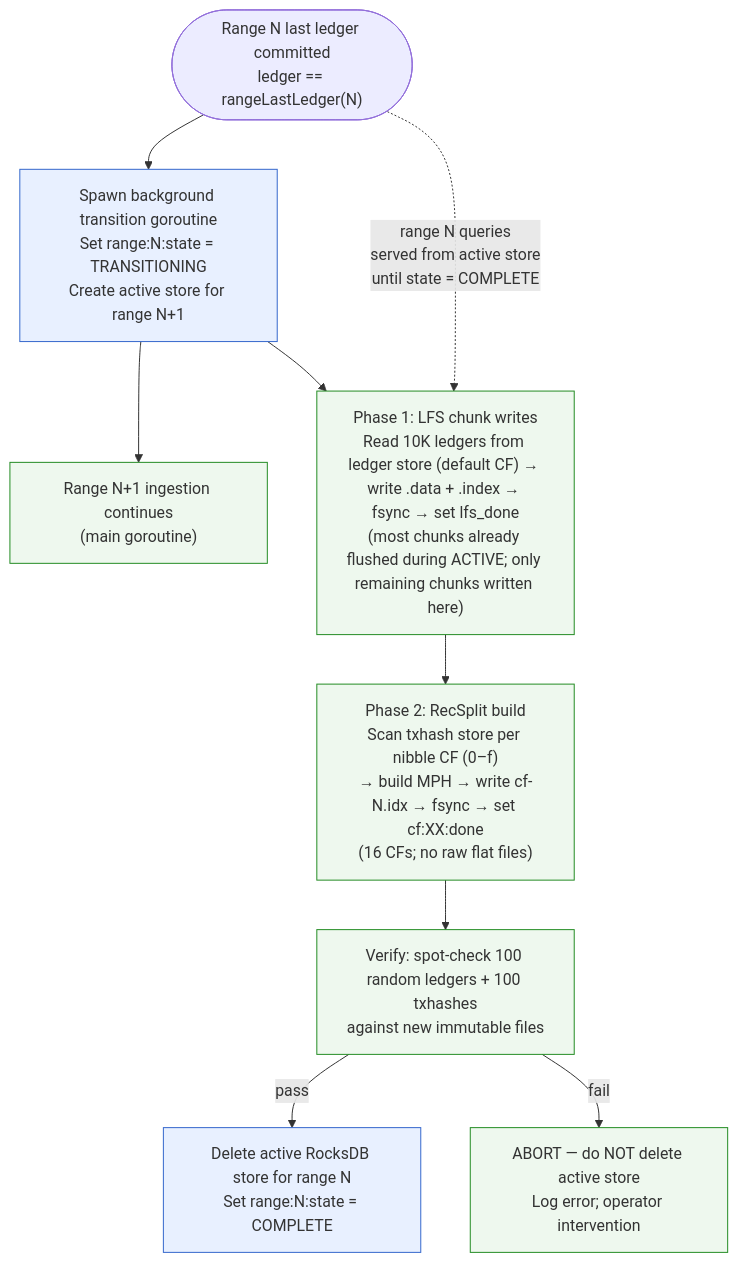
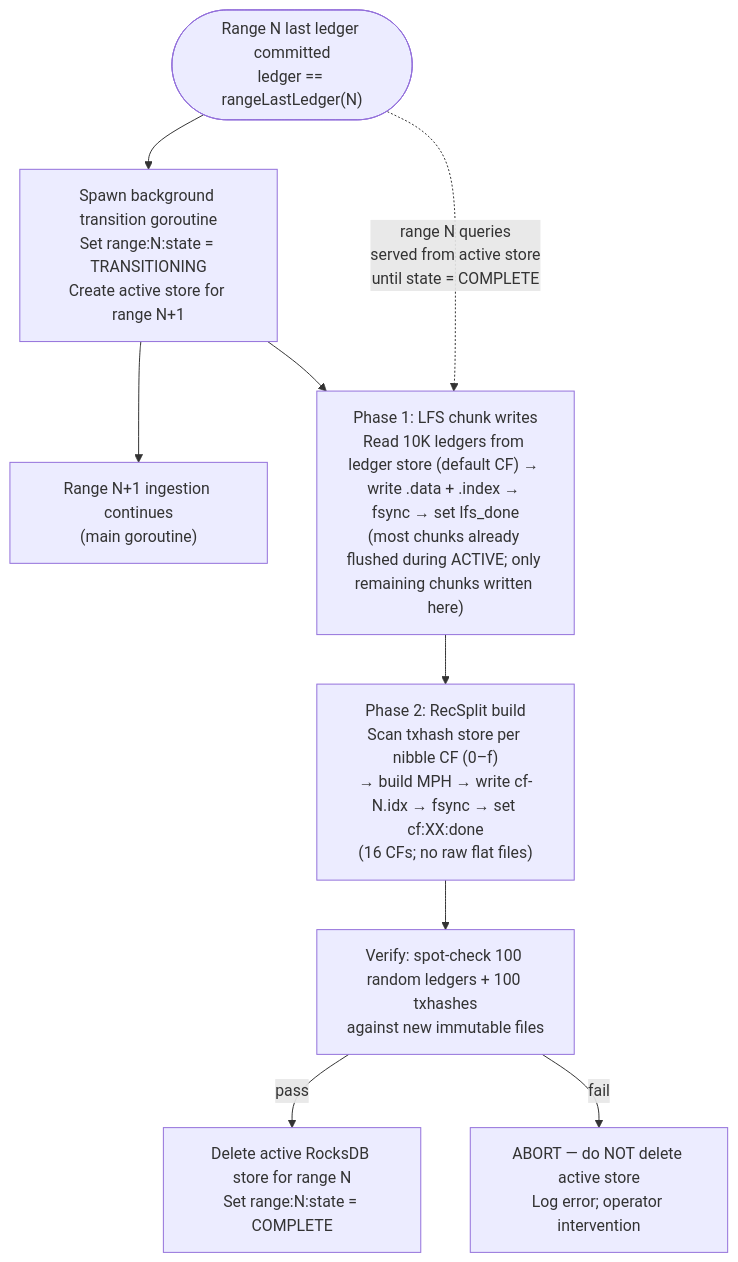
Before and after one commit to karthikiyer56/stellar-full-history-ingestion: the sixth of 8 diagrams in design-docs-v2/01-architecture-overview.md, drawn with Mermaid. The commit also changed other lines of this file and 17 other files, not shown here.

````diff
--- a/design-docs-v2/01-architecture-overview.md
+++ b/design-docs-v2/01-architecture-overview.md
@@ -226,16 +214,12 @@
 ```mermaid
 flowchart TD
-    classDef action fill:#eef8ee,stroke:#228b22
-    classDef meta fill:#e8f0ff,stroke:#3366cc
-    classDef query fill:#fff0f0,stroke:#cc3333
-
-    BOUNDARY(["Range N last ledger committed\nledger == rangeLastLedger(N)"]) --> SPAWN["Spawn background transition goroutine\nSet range:N:state = TRANSITIONING\nCreate active store for range N+1"]:::meta
-    SPAWN --> INGEST_NEXT["Range N+1 ingestion continues\n(main goroutine)"]:::action
-    SPAWN --> PHASE1["Phase 1: LFS chunk writes\nRead 10K ledgers from ledger store (default CF) → write .data + .index → fsync → set lfs_done\n(most chunks already flushed during ACTIVE; only remaining chunks written here)"]:::action
-    PHASE1 --> PHASE2["Phase 2: RecSplit build\nScan txhash store per nibble CF (0–f)\n→ build MPH → write cf-N.idx → fsync → set cf:XX:done\n(16 CFs; no raw flat files)"]:::action
-    PHASE2 --> VERIFY["Verify: spot-check 100 random ledgers + 100 txhashes\nagainst new immutable files"]:::action
-    VERIFY -->|pass| DELETE["Delete active RocksDB store for range N\nSet range:N:state = COMPLETE"]:::meta
-    VERIFY -->|fail| ABORT["ABORT — do NOT delete active store\nLog error; operator intervention"]:::action
+    BOUNDARY(["Range N last ledger committed\nledger == rangeLastLedger(N)"]) --> SPAWN["Spawn background transition goroutine\nSet range:N:state = TRANSITIONING\nCreate active store for range N+1"]
+    SPAWN --> INGEST_NEXT["Range N+1 ingestion continues\n(main goroutine)"]
+    SPAWN --> PHASE1["Phase 1: LFS chunk writes\nRead 10K ledgers from ledger store (default CF) → write .data + .index → fsync → set lfs_done\n(most chunks already flushed during ACTIVE; only remaining chunks written here)"]
+    PHASE1 --> PHASE2["Phase 2: RecSplit build\nScan txhash store per nibble CF (0–f)\n→ build MPH → write cf-N.idx → fsync → set cf:XX:done\n(16 CFs; no raw flat files)"]
+    PHASE2 --> VERIFY["Verify: spot-check 100 random ledgers + 100 txhashes\nagainst new immutable files"]
+    VERIFY -->|pass| DELETE["Delete active RocksDB store for range N\nSet range:N:state = COMPLETE"]
+    VERIFY -->|fail| ABORT["ABORT — do NOT delete active store\nLog error; operator intervention"]
 
     BOUNDARY -.->|"range N queries\nserved from active store\nuntil state = COMPLETE"| PHASE1
 ```
````
